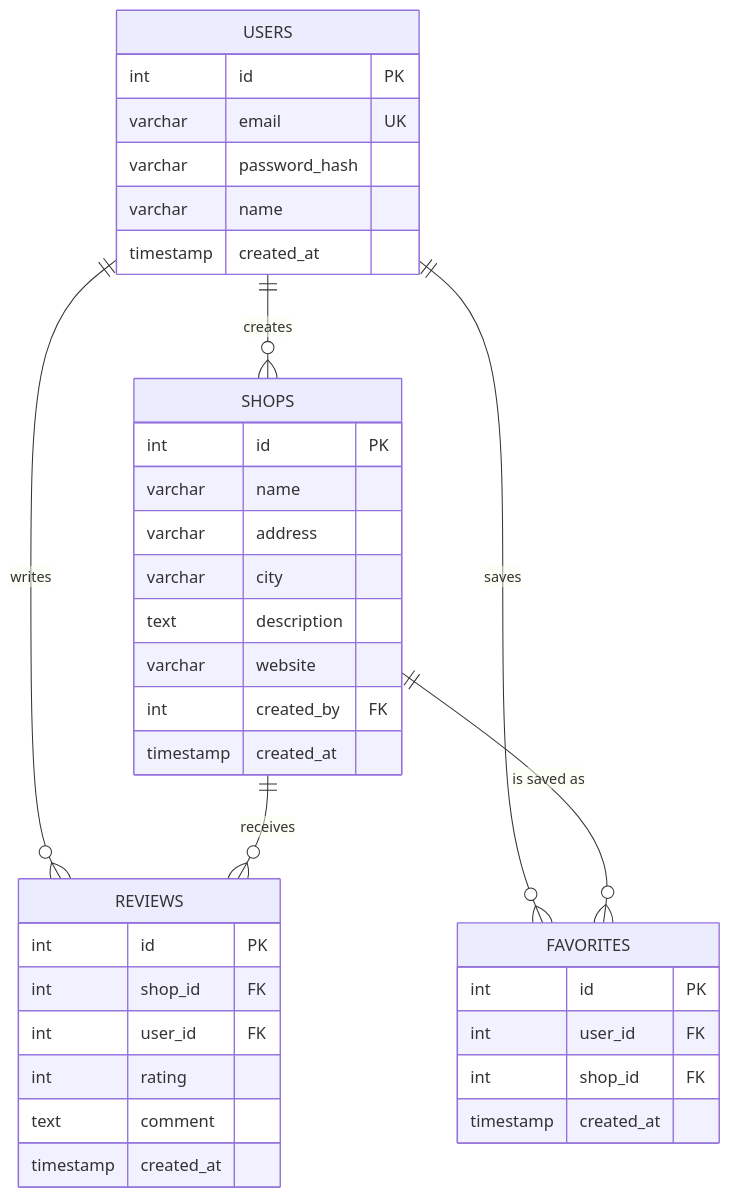
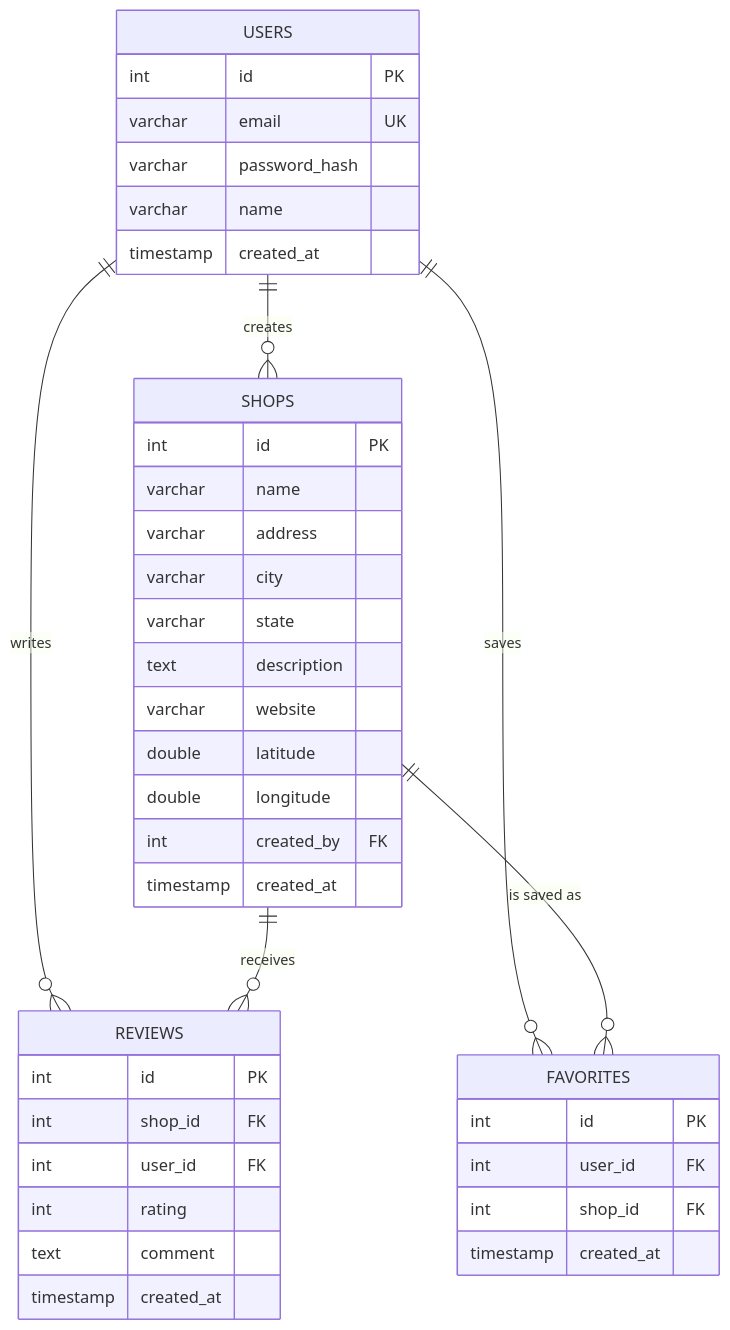
The diagram in docs/er-diagram.md (maxamus87/Week1414project), drawn with Mermaid before and after one commit. The commit also changed 13 other files, not shown here.

````diff
--- a/docs/er-diagram.md
+++ b/docs/er-diagram.md
@@ -3,43 +3,46 @@
 ```mermaid
 erDiagram
     USERS ||--o{ SHOPS : "creates"
     USERS ||--o{ REVIEWS : "writes"
     USERS ||--o{ FAVORITES : "saves"
     SHOPS ||--o{ REVIEWS : "receives"
     SHOPS ||--o{ FAVORITES : "is saved as"
 
     USERS {
         int id PK
         varchar email UK
         varchar password_hash
         varchar name
         timestamp created_at
     }
 
     SHOPS {
         int id PK
         varchar name
         varchar address
         varchar city
+        varchar state
         text description
         varchar website
+        double latitude
+        double longitude
         int created_by FK
         timestamp created_at
     }
 
     REVIEWS {
         int id PK
         int shop_id FK
         int user_id FK
         int rating
         text comment
         timestamp created_at
     }
 
     FAVORITES {
         int id PK
         int user_id FK
         int shop_id FK
         timestamp created_at
     }
 ```
````
